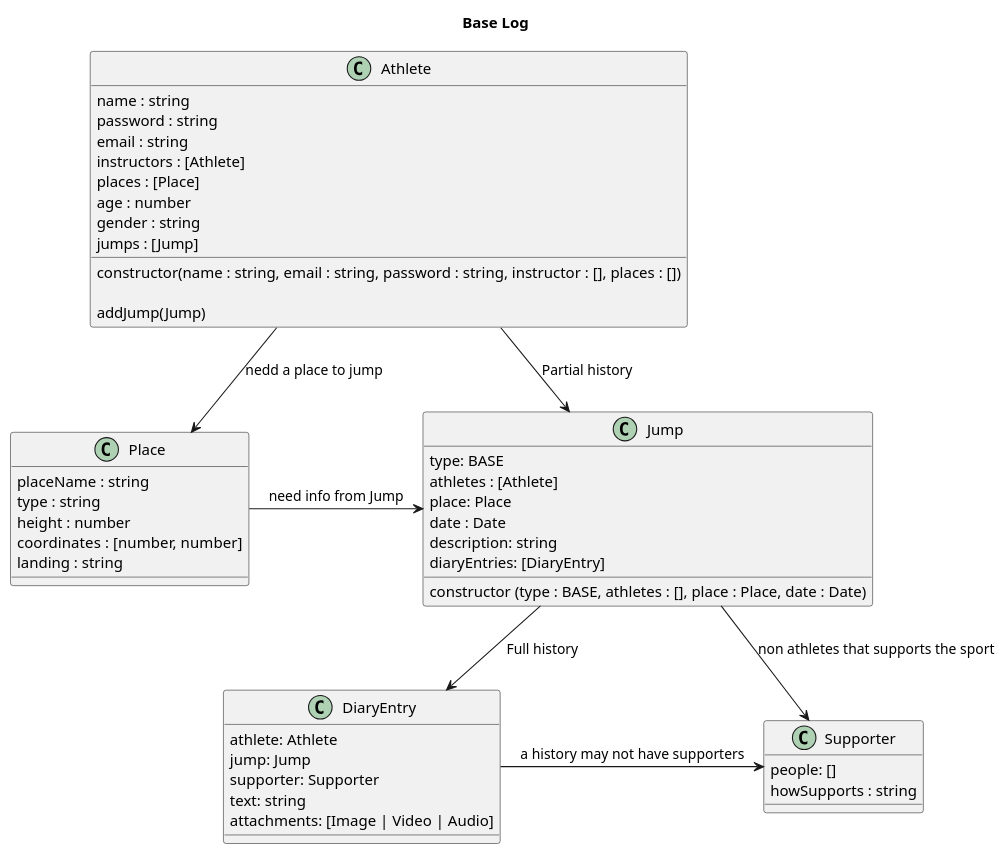
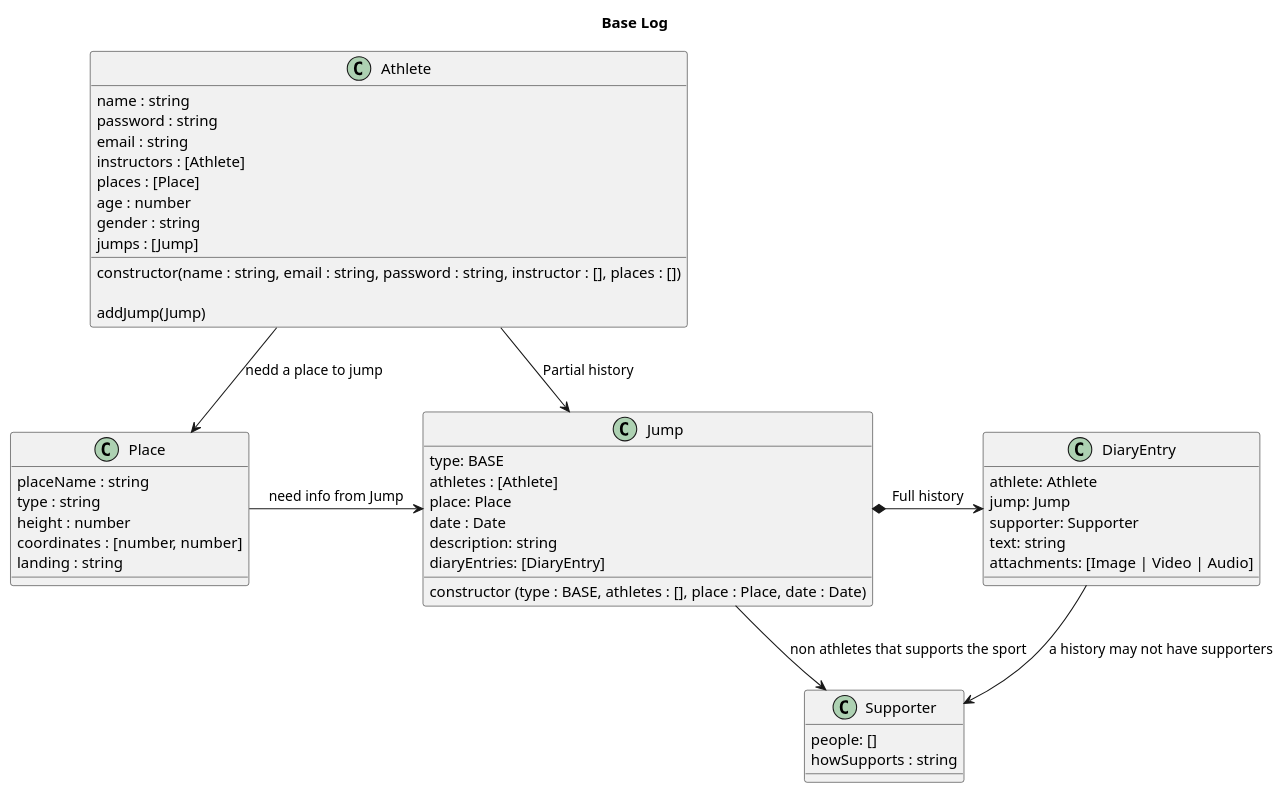
Before and after one commit to discombobulateme/webdoc: the diagram in architecture/class.puml, drawn with PlantUML.

Commit message:
Change Jump class relations

```diff
--- a/architecture/class.puml
+++ b/architecture/class.puml
@@ -1,66 +1,66 @@
 @startuml Base Log
 Title Base Log
 
 class Athlete {
 name : string
 password : string
 email : string
 instructors : [Athlete]
 places : [Place]
 age : number
 gender : string
 jumps : [Jump]
 
 constructor(name : string, email : string, password : string, instructor : [], places : [])
 
 addJump(Jump)
 ' Verify: if that place exists
 ' Verify: if you are linked in date and place with a Jump
 }
 class Jump {
 type: BASE
 athletes : [Athlete]
 place: Place
 date : Date
 ' this is a sinopse
 description: string
 diaryEntries: [DiaryEntry]
 
 constructor (type : BASE, athletes : [], place : Place, date : Date)
 }
 class DiaryEntry {
   athlete: Athlete
   jump: Jump
   supporter: Supporter
   ' this is the full history text
   text: string
   attachments: [Image | Video | Audio]
 }
 
 class Place {
 placeName : string
 type : string
 height : number
 coordinates : [number, number]
 landing : string
 }
 
 'non Athletes that supports the sport
 class Supporter {
 people: []
 howSupports : string
 }
 
 ' Head *- Hand : composition
 ' Parent o-- IndependentChild : agregation
 ' Need --> Use : association
 
 Athlete --> Place : nedd a place to jump
 Athlete -> Jump : Partial history
 
 Place -> Jump : need info from Jump
-Jump --> DiaryEntry : Full history
-Jump -> Supporter : non athletes that supports the sport
-DiaryEntry -> Supporter : a history may not have supporters
+Jump *-> DiaryEntry : Full history
+Jump --> Supporter : non athletes that supports the sport
+DiaryEntry --> Supporter : a history may not have supporters
 
 @enduml
```
